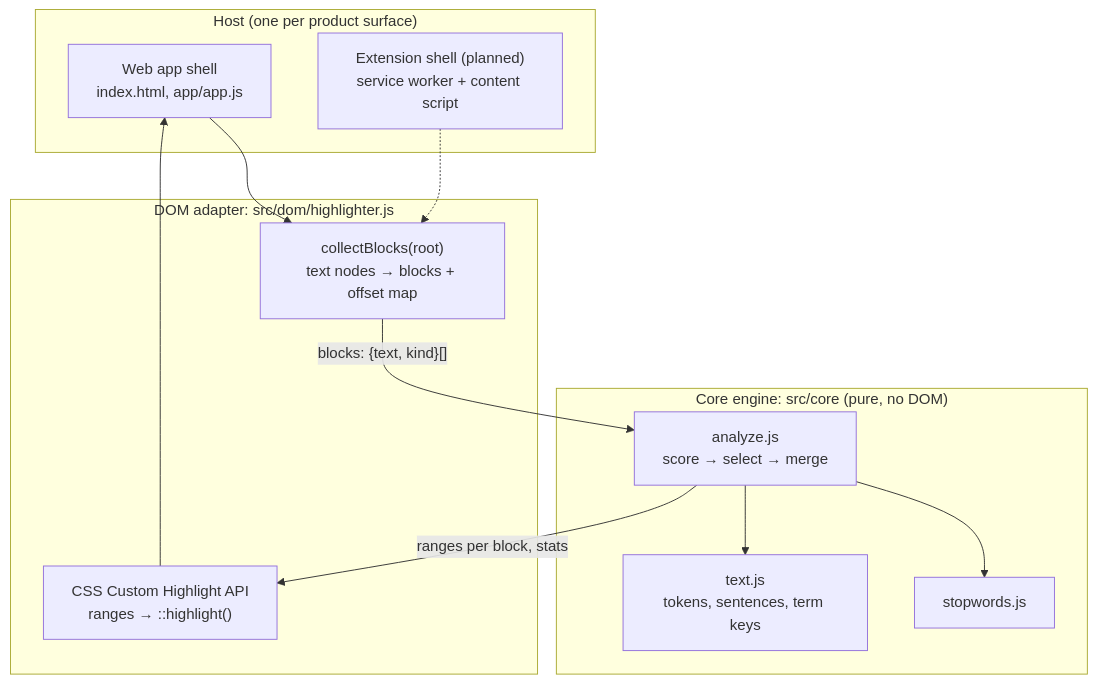
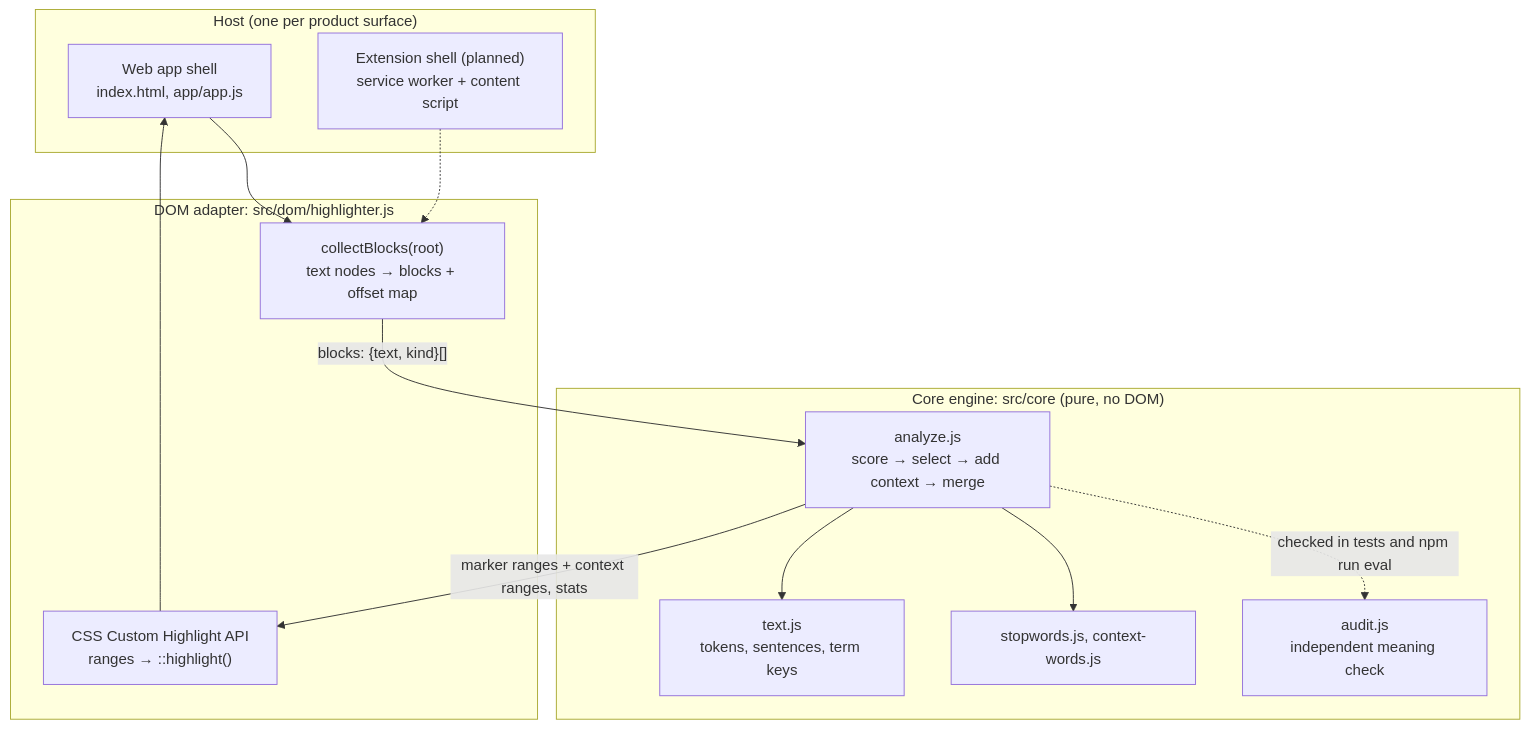
One commit to Rasika-Deodhar/marker-highlight changed the diagram in docs/ARCHITECTURE.md. Above: the diagram before and after it, drawn with Mermaid. The commit also changed other lines of this file and 18 other files, not shown here.

First line of the commit message:
Underline meaning-critical words and evaluate meaning preservation

````diff
--- a/docs/ARCHITECTURE.md
+++ b/docs/ARCHITECTURE.md
@@ -13,23 +15,25 @@
 ```mermaid
 flowchart TD
   subgraph Host["Host (one per product surface)"]
     APP["Web app shell<br/>index.html, app/app.js"]
     EXT["Extension shell (planned)<br/>service worker + content script"]
   end
   subgraph Adapter["DOM adapter: src/dom/highlighter.js"]
     COLLECT["collectBlocks(root)<br/>text nodes → blocks + offset map"]
     PAINT["CSS Custom Highlight API<br/>ranges → ::highlight()"]
   end
   subgraph Core["Core engine: src/core (pure, no DOM)"]
     TOK["text.js<br/>tokens, sentences, term keys"]
-    AN["analyze.js<br/>score → select → merge"]
-    SW["stopwords.js"]
+    AN["analyze.js<br/>score → select → add context → merge"]
+    SW["stopwords.js, context-words.js"]
+    AU["audit.js<br/>independent meaning check"]
   end
   APP --> COLLECT
   EXT -.-> COLLECT
   COLLECT -->|"blocks: {text, kind}[]"| AN
   AN --> TOK
   AN --> SW
-  AN -->|"ranges per block, stats"| PAINT
+  AN -->|"marker ranges + context ranges, stats"| PAINT
+  AN -.->|"checked in tests and npm run eval"| AU
   PAINT --> APP
 ```
````
